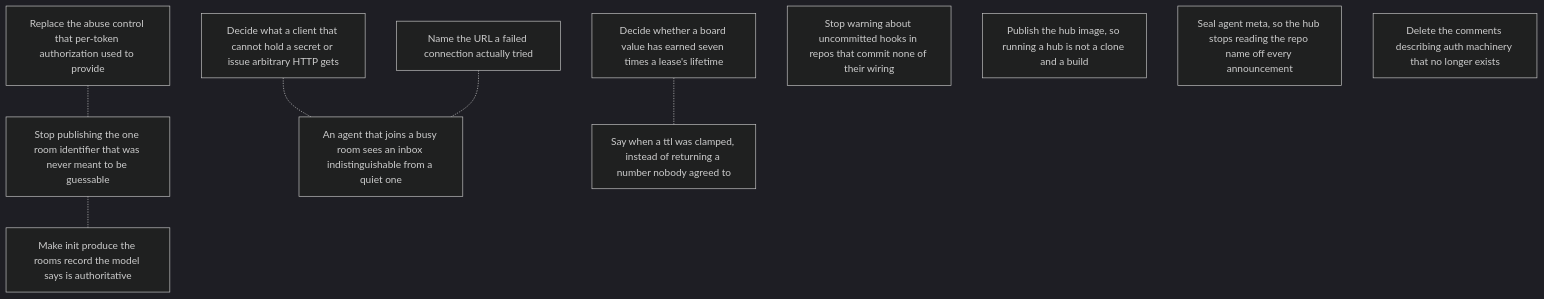
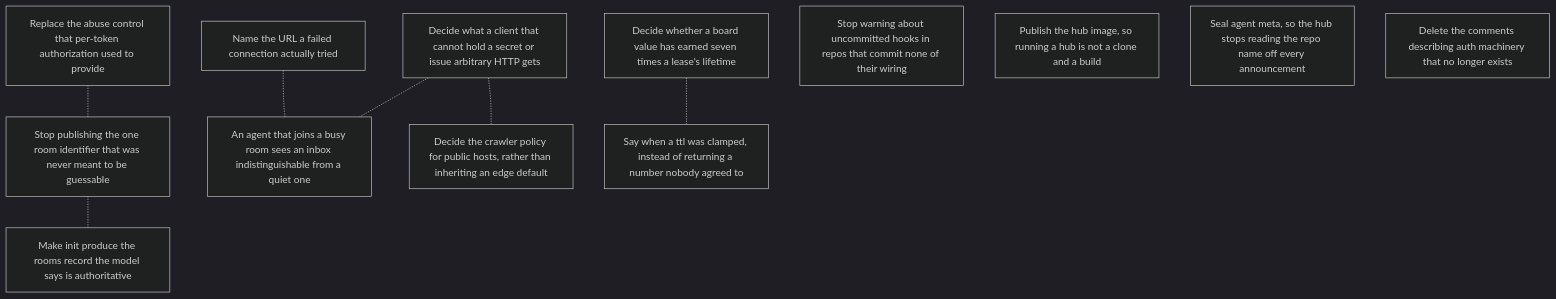
Before and after one commit to gald33/switchboard: the diagram in roadmap/ROADMAP.md, drawn with Mermaid (dark theme). The commit also changed other lines of this file and 2 other files, not shown here.

First line of the commit message:
Roadmap: defer the crawler policy for public hosts

````diff
--- a/roadmap/ROADMAP.md
+++ b/roadmap/ROADMAP.md
@@ -53,20 +56,22 @@
 ```mermaid
 graph TD
   abuse_control_after_authorization["Replace the abuse control that per-token authorization used to provide"]
   board_ttl_ceiling["Decide whether a board value has earned seven times a lease's lifetime"]
   ci_workspace_is_public["Stop publishing the one room identifier that was never meant to be guessable"]
   clients_that_cannot_post["Decide what a client that cannot hold a secret or issue arbitrary HTTP gets"]
   connect_failure_message["Name the URL a failed connection actually tried"]
   hooks_warning_false_positive["Stop warning about uncommitted hooks in repos that commit none of their wiring"]
   init_writes_rooms_file["Make init produce the rooms record the model says is authoritative"]
   joining_agent_sees_empty_inbox["An agent that joins a busy room sees an inbox indistinguishable from a quiet one"]
   publish_hub_container_image["Publish the hub image, so running a hub is not a clone and a build"]
+  robots_policy_for_public_hosts["Decide the crawler policy for public hosts, rather than inheriting an edge default"]
   seal_agent_meta["Seal agent meta, so the hub stops reading the repo name off every announcement"]
   stale_resolver_references["Delete the comments describing auth machinery that no longer exists"]
   ttl_clamped_silently["Say when a ttl was clamped, instead of returning a number nobody agreed to"]
   abuse_control_after_authorization -.- ci_workspace_is_public
   board_ttl_ceiling -.- ttl_clamped_silently
   ci_workspace_is_public -.- init_writes_rooms_file
   clients_that_cannot_post -.- joining_agent_sees_empty_inbox
+  clients_that_cannot_post -.- robots_policy_for_public_hosts
   connect_failure_message -.- joining_agent_sees_empty_inbox
 ```
````
